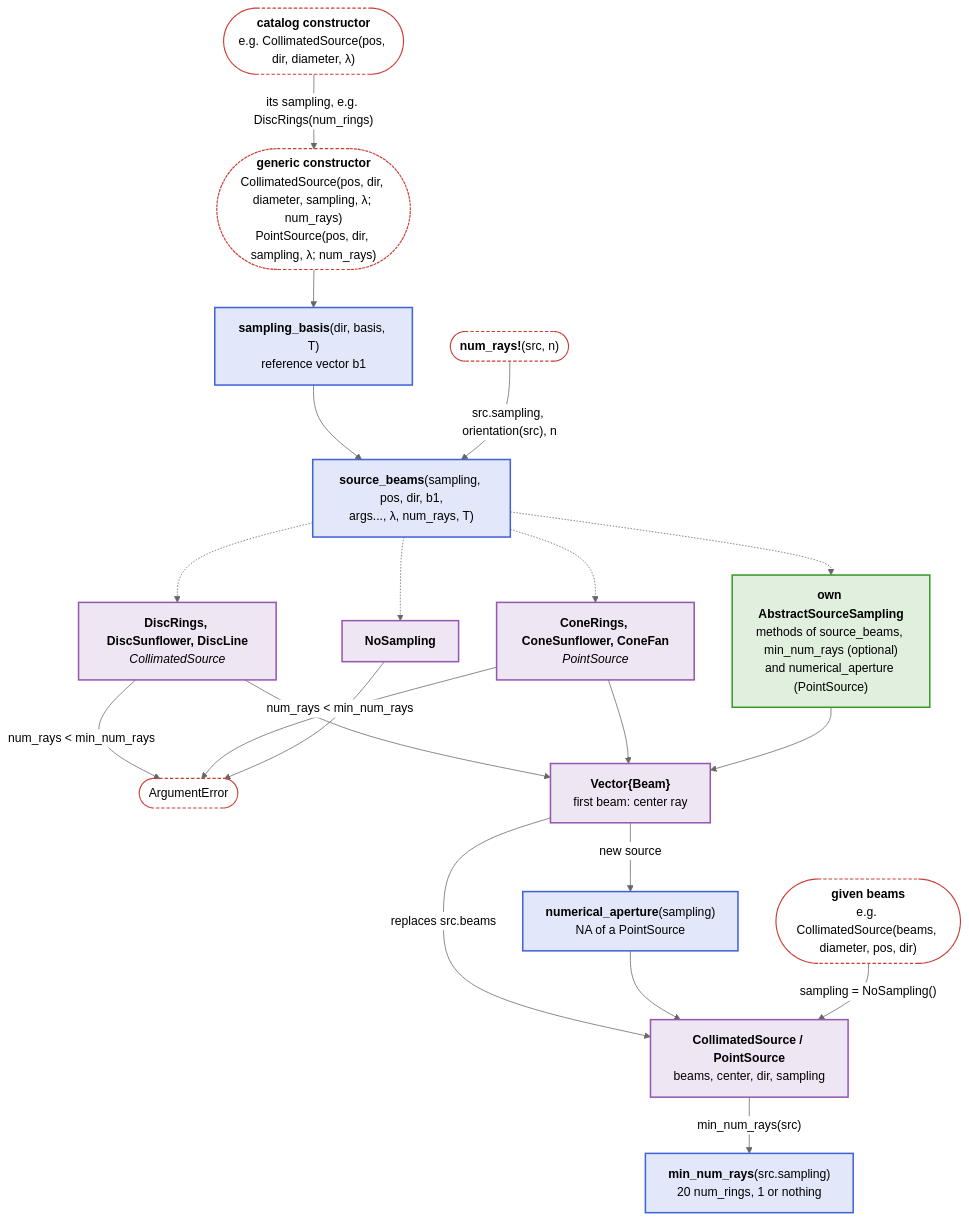
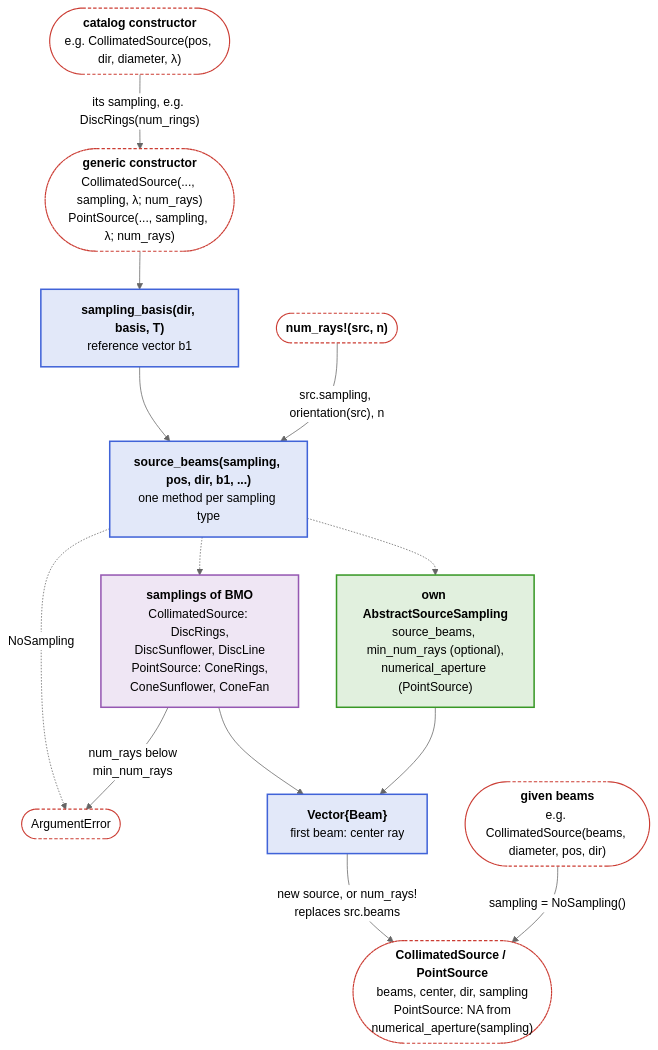
One commit to JuliaPhysics/BeamletOptics.jl changed the third of 4 diagrams in docs/src/api/beams.md. Above: the diagram before and after it, drawn with Mermaid (neutral theme). The commit also changed other lines of this file and 8 other files, not shown here.

First line of the commit message:
Docs: diagrams narrow and colored by group, rules in "Readable diagrams"

````diff
--- a/docs/src/api/beams.md
+++ b/docs/src/api/beams.md
@@ -85,46 +84,35 @@
 ```mermaid
 flowchart TB
     C(["<b>catalog constructor</b><br/>e.g. CollimatedSource(pos, dir, diameter, λ)"])
-    GC(["<b>generic constructor</b><br/>CollimatedSource(pos, dir, diameter, sampling, λ; num_rays)<br/>PointSource(pos, dir, sampling, λ; num_rays)"])
-    N(["<b>num_rays!</b>(src, n)"])
-    W(["<b>given beams</b><br/>e.g. CollimatedSource(beams, diameter, pos, dir)"])
-    SB["<b>sampling_basis</b>(dir, basis, T)<br/>reference vector b1"]
-    SBM["<b>source_beams</b>(sampling, pos, dir, b1,<br/>args..., λ, num_rays, T)"]
-    DISC["<b>DiscRings, DiscSunflower, DiscLine</b><br/><i>CollimatedSource</i>"]
-    CONE["<b>ConeRings, ConeSunflower, ConeFan</b><br/><i>PointSource</i>"]
-    OWN["<b>own AbstractSourceSampling</b><br/>methods of source_beams, min_num_rays (optional)<br/>and numerical_aperture (PointSource)"]
-    NO["<b>NoSampling</b>"]
+    GC(["<b>generic constructor</b><br/>CollimatedSource(..., sampling, λ; num_rays)<br/>PointSource(..., sampling, λ; num_rays)"])
+    SB["<b>sampling_basis(dir, basis, T)</b><br/>reference vector b1"]
+    N(["<b>num_rays!(src, n)</b>"])
+    SBM["<b>source_beams(sampling, pos, dir, b1, ...)</b><br/>one method per sampling type"]
+    SAMP["<b>samplings of BMO</b><br/>CollimatedSource: DiscRings,<br/>DiscSunflower, DiscLine<br/>PointSource: ConeRings,<br/>ConeSunflower, ConeFan"]
+    OWN["<b>own AbstractSourceSampling</b><br/>source_beams, min_num_rays (optional),<br/>numerical_aperture (PointSource)"]
     ERR(["ArgumentError"])
     BM["<b>Vector{Beam}</b><br/>first beam: center ray"]
-    NA["<b>numerical_aperture</b>(sampling)<br/>NA of a PointSource"]
-    G["<b>CollimatedSource / PointSource</b><br/>beams, center, dir, sampling"]
-    MIN["<b>min_num_rays</b>(src.sampling)<br/>20 num_rings, 1 or nothing"]
+    W(["<b>given beams</b><br/>e.g. CollimatedSource(beams, diameter, pos, dir)"])
+    G(["<b>CollimatedSource / PointSource</b><br/>beams, center, dir, sampling<br/>PointSource: NA from<br/>numerical_aperture(sampling)"])
 
     C -- "its sampling, e.g. DiscRings(num_rings)" --> GC
-    GC --> SB
-    SB --> SBM
+    GC --> SB --> SBM
     N -- "src.sampling, orientation(src), n" --> SBM
-    SBM -.-> DISC
-    SBM -.-> CONE
+    SBM -.-> SAMP
     SBM -.-> OWN
-    SBM -.-> NO
-    DISC --> BM
-    CONE --> BM
+    SBM -. NoSampling .-> ERR
+    SAMP -- "num_rays below<br/>min_num_rays" --> ERR
+    SAMP --> BM
     OWN --> BM
-    DISC -- "num_rays < min_num_rays" --> ERR
-    CONE -- "num_rays < min_num_rays" --> ERR
-    NO --> ERR
-    BM -- "replaces src.beams" --> G
-    BM -- "new source" --> NA --> G
+    BM -- "new source, or num_rays!<br/>replaces src.beams" --> G
     W -- "sampling = NoSampling()" --> G
-    G -- "min_num_rays(src)" --> MIN
 
     classDef blue fill:#4063D826,stroke:#4063D8,stroke-width:2px
     classDef green fill:#38982626,stroke:#389826,stroke-width:2px
     classDef purple fill:#9558B226,stroke:#9558B2,stroke-width:2px
     classDef terminal fill:transparent,stroke:#CB3C33,stroke-width:1.5px,stroke-dasharray:4 3
-    class SB,SBM,MIN,NA blue
+    class SB,SBM,BM blue
     class OWN green
-    class DISC,CONE,NO,BM,G purple
-    class C,GC,N,W,ERR terminal
+    class SAMP purple
+    class C,GC,N,W,ERR,G terminal
 ```
````
